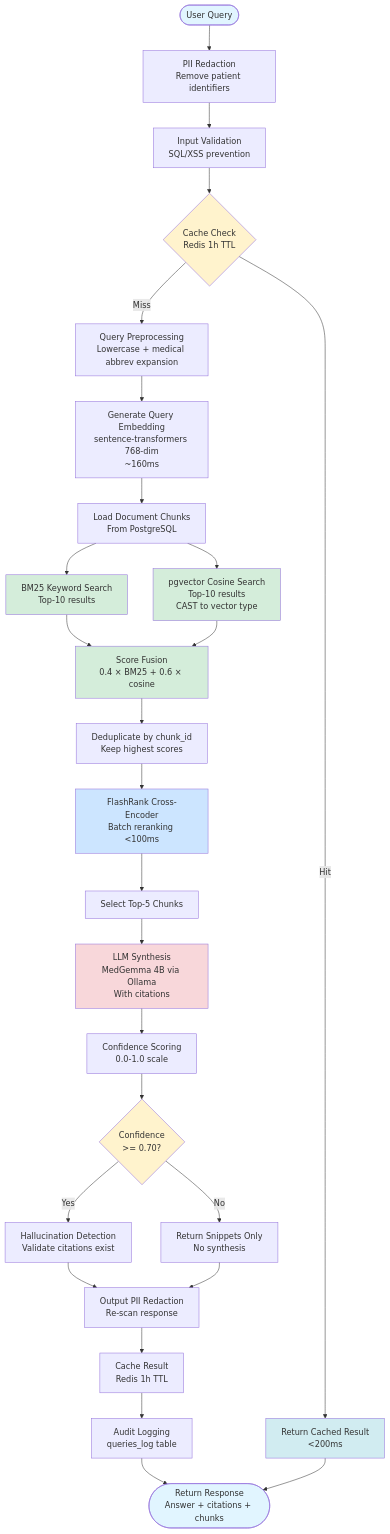
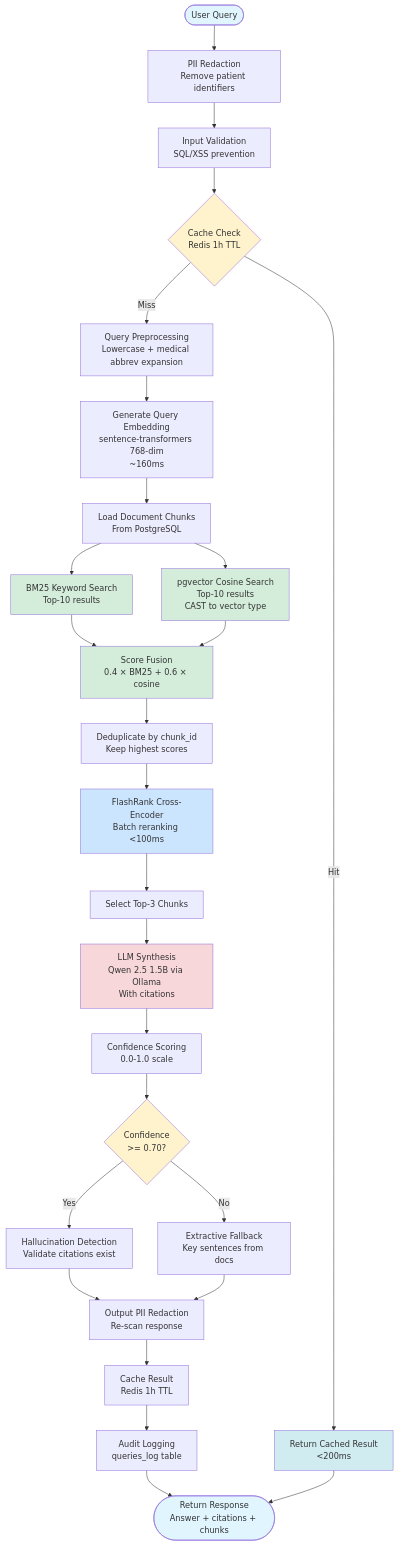
Before and after one commit to jmomugtong/KaagapAI: the diagram in docs/architecture/classical-rag-flow.md, drawn with Mermaid. The commit also changed other lines of this file and 3 other files, not shown here.

First line of the commit message:
docs(architecture): fix outdated info across all architecture docs

````diff
--- a/docs/architecture/classical-rag-flow.md
+++ b/docs/architecture/classical-rag-flow.md
@@ -9,55 +9,55 @@
 ```mermaid
 flowchart TD
     Start([User Query]) --> PII1[PII Redaction<br/>Remove patient identifiers]
     PII1 --> Validate[Input Validation<br/>SQL/XSS prevention]
     Validate --> Cache{Cache Check<br/>Redis 1h TTL}
 
     Cache -->|Hit| CacheReturn[Return Cached Result<br/>&lt;200ms]
     Cache -->|Miss| Preprocess[Query Preprocessing<br/>Lowercase + medical abbrev expansion]
 
     Preprocess --> Embed[Generate Query Embedding<br/>sentence-transformers 768-dim<br/>~160ms]
 
     Embed --> LoadChunks[Load Document Chunks<br/>From PostgreSQL]
 
     LoadChunks --> BM25[BM25 Keyword Search<br/>Top-10 results]
     LoadChunks --> Vector[pgvector Cosine Search<br/>Top-10 results<br/>CAST to vector type]
 
     BM25 --> Fusion[Score Fusion<br/>0.4 × BM25 + 0.6 × cosine]
     Vector --> Fusion
 
     Fusion --> Dedup[Deduplicate by chunk_id<br/>Keep highest scores]
 
     Dedup --> Rerank[FlashRank Cross-Encoder<br/>Batch reranking &lt;100ms]
 
-    Rerank --> TopK[Select Top-5 Chunks]
+    Rerank --> TopK[Select Top-3 Chunks]
 
-    TopK --> Synthesize[LLM Synthesis<br/>MedGemma 4B via Ollama<br/>With citations]
+    TopK --> Synthesize[LLM Synthesis<br/>Qwen 2.5 1.5B via Ollama<br/>With citations]
 
     Synthesize --> Confidence[Confidence Scoring<br/>0.0-1.0 scale]
 
     Confidence --> Threshold{Confidence<br/>&gt;= 0.70?}
 
     Threshold -->|Yes| Hallucination[Hallucination Detection<br/>Validate citations exist]
-    Threshold -->|No| Snippets[Return Snippets Only<br/>No synthesis]
+    Threshold -->|No| Snippets[Extractive Fallback<br/>Key sentences from docs]
 
     Hallucination --> PII2[Output PII Redaction<br/>Re-scan response]
     Snippets --> PII2
 
     PII2 --> CacheWrite[Cache Result<br/>Redis 1h TTL]
 
     CacheWrite --> Audit[Audit Logging<br/>queries_log table]
 
     Audit --> Response([Return Response<br/>Answer + citations + chunks])
     CacheReturn --> Response
 
     style Start fill:#e1f5ff
     style Response fill:#e1f5ff
     style Cache fill:#fff3cd
     style Threshold fill:#fff3cd
     style BM25 fill:#d4edda
     style Vector fill:#d4edda
     style Fusion fill:#d4edda
     style Rerank fill:#cce5ff
     style Synthesize fill:#f8d7da
     style CacheReturn fill:#d1ecf1
 ```
````
